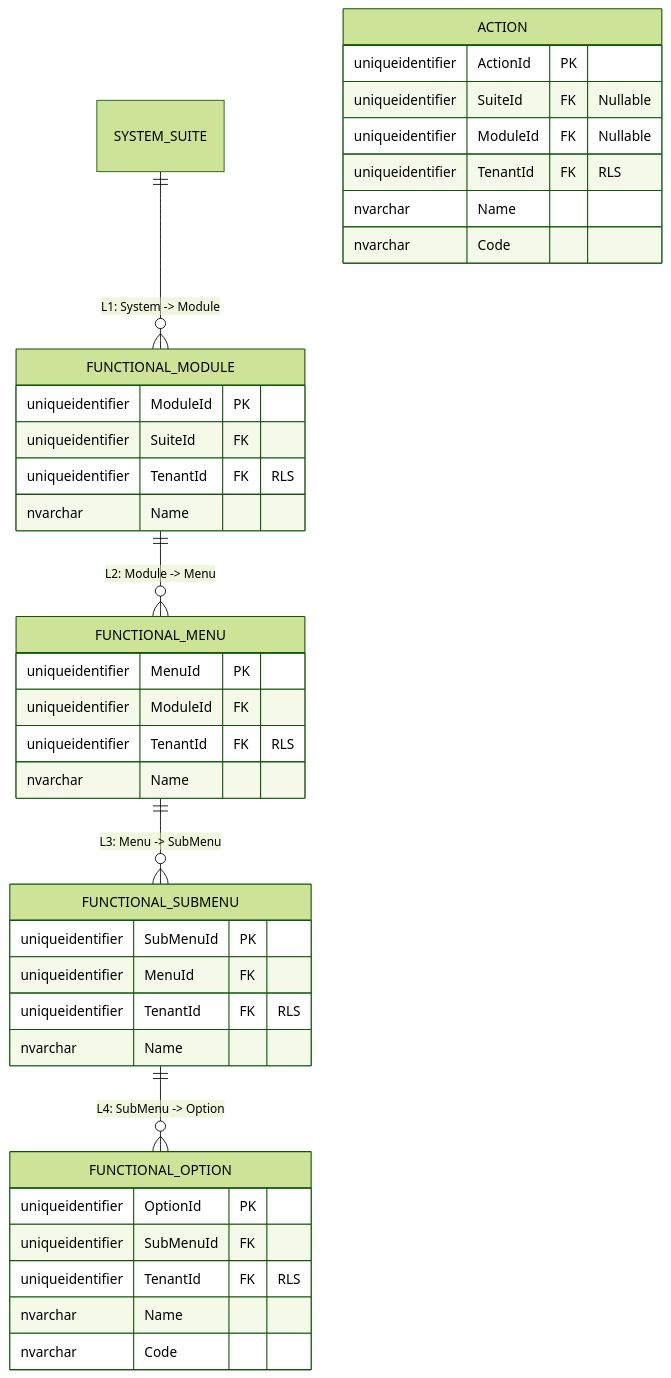
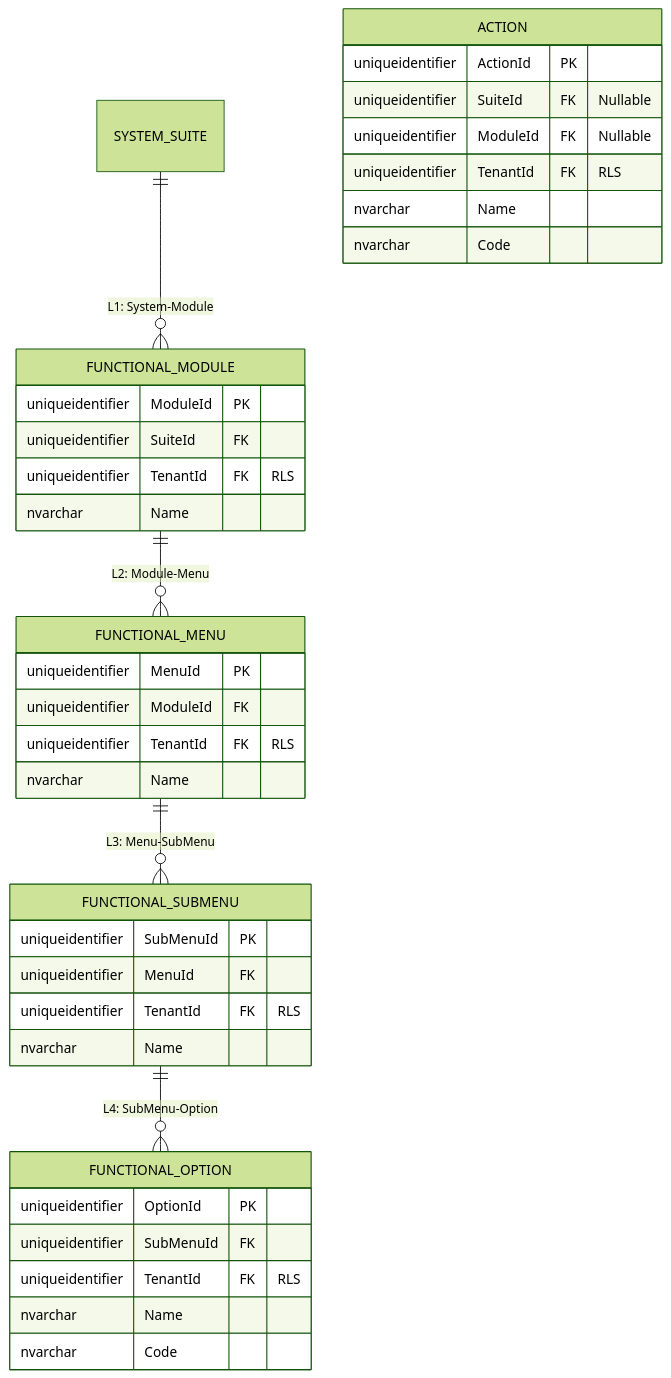
Before and after one commit to beyondnetcode/ums: the third of 5 diagrams in docs/architecture/blueprints/database-design-er.md, drawn with Mermaid (forest theme). The commit also changed other lines of this file and 1 other file, not shown here.

Commit message:
fix(diagrams): repair broken Mermaid labels in ER diagrams (EN/ES)
- Section 3.1: replace slash in relationship label (onboards/approves)
  Mermaid treats / as a special character inside labels
- Section 3.3: replace arrow operator -> inside relationship labels
  (L1: System -> Module) Mermaid parses -> as a flow operator, not text

````diff
--- a/docs/architecture/blueprints/database-design-er.md
+++ b/docs/architecture/blueprints/database-design-er.md
@@ -121,45 +121,45 @@
 ```mermaid
 erDiagram
-    SYSTEM_SUITE ||--o{ FUNCTIONAL_MODULE : "L1: System -> Module"
-    FUNCTIONAL_MODULE ||--o{ FUNCTIONAL_MENU : "L2: Module -> Menu"
-    FUNCTIONAL_MENU ||--o{ FUNCTIONAL_SUBMENU : "L3: Menu -> SubMenu"
-    FUNCTIONAL_SUBMENU ||--o{ FUNCTIONAL_OPTION : "L4: SubMenu -> Option"
+    SYSTEM_SUITE ||--o{ FUNCTIONAL_MODULE : "L1: System-Module"
+    FUNCTIONAL_MODULE ||--o{ FUNCTIONAL_MENU : "L2: Module-Menu"
+    FUNCTIONAL_MENU ||--o{ FUNCTIONAL_SUBMENU : "L3: Menu-SubMenu"
+    FUNCTIONAL_SUBMENU ||--o{ FUNCTIONAL_OPTION : "L4: SubMenu-Option"
     
     FUNCTIONAL_MODULE {
         uniqueidentifier ModuleId PK
         uniqueidentifier SuiteId FK
         uniqueidentifier TenantId FK "RLS"
         nvarchar Name
     }
     
     FUNCTIONAL_MENU {
         uniqueidentifier MenuId PK
         uniqueidentifier ModuleId FK
         uniqueidentifier TenantId FK "RLS"
         nvarchar Name
     }
 
     FUNCTIONAL_SUBMENU {
         uniqueidentifier SubMenuId PK
         uniqueidentifier MenuId FK
         uniqueidentifier TenantId FK "RLS"
         nvarchar Name
     }
     
     FUNCTIONAL_OPTION {
         uniqueidentifier OptionId PK
         uniqueidentifier SubMenuId FK
         uniqueidentifier TenantId FK "RLS"
         nvarchar Name
         nvarchar Code
     }
     
     ACTION {
         uniqueidentifier ActionId PK
         uniqueidentifier SuiteId FK "Nullable"
         uniqueidentifier ModuleId FK "Nullable"
         uniqueidentifier TenantId FK "RLS"
         nvarchar Name
         nvarchar Code
     }
 ```
````
